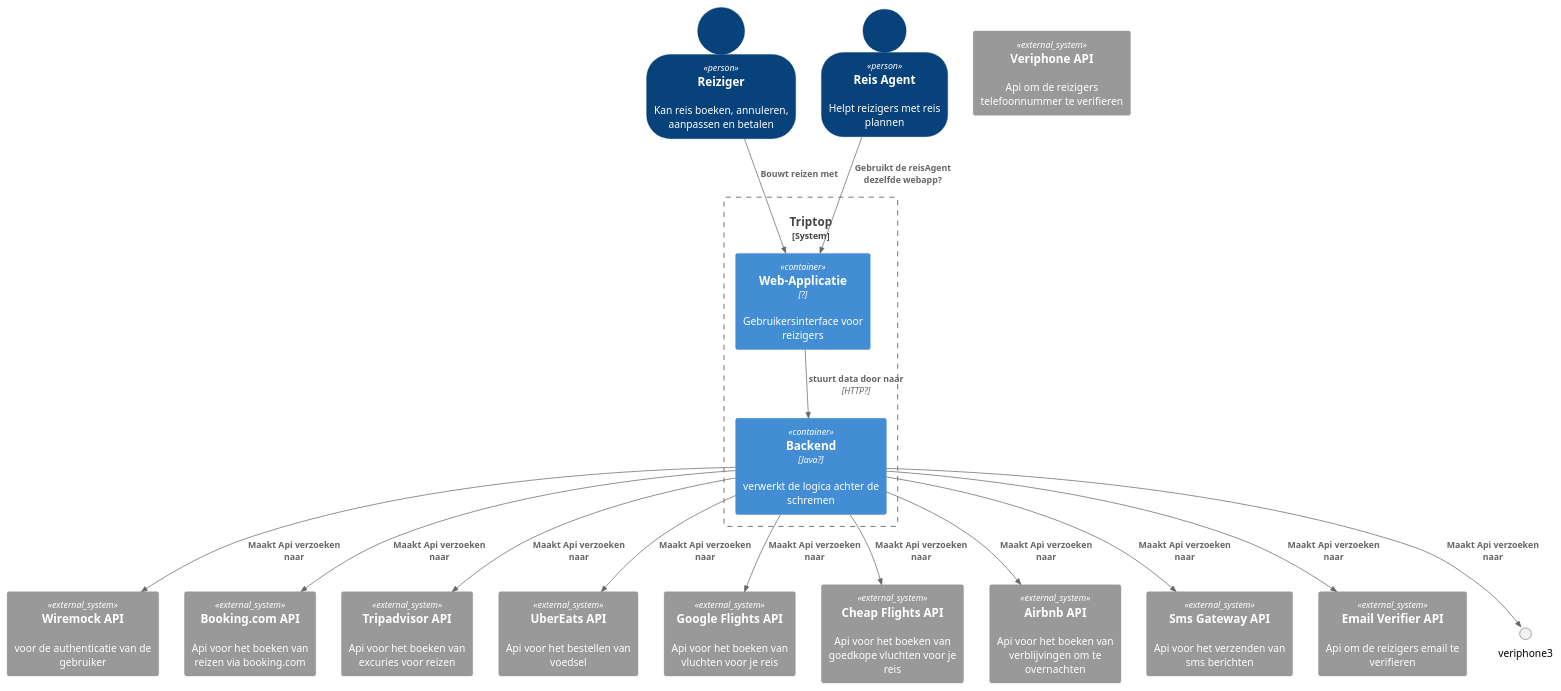
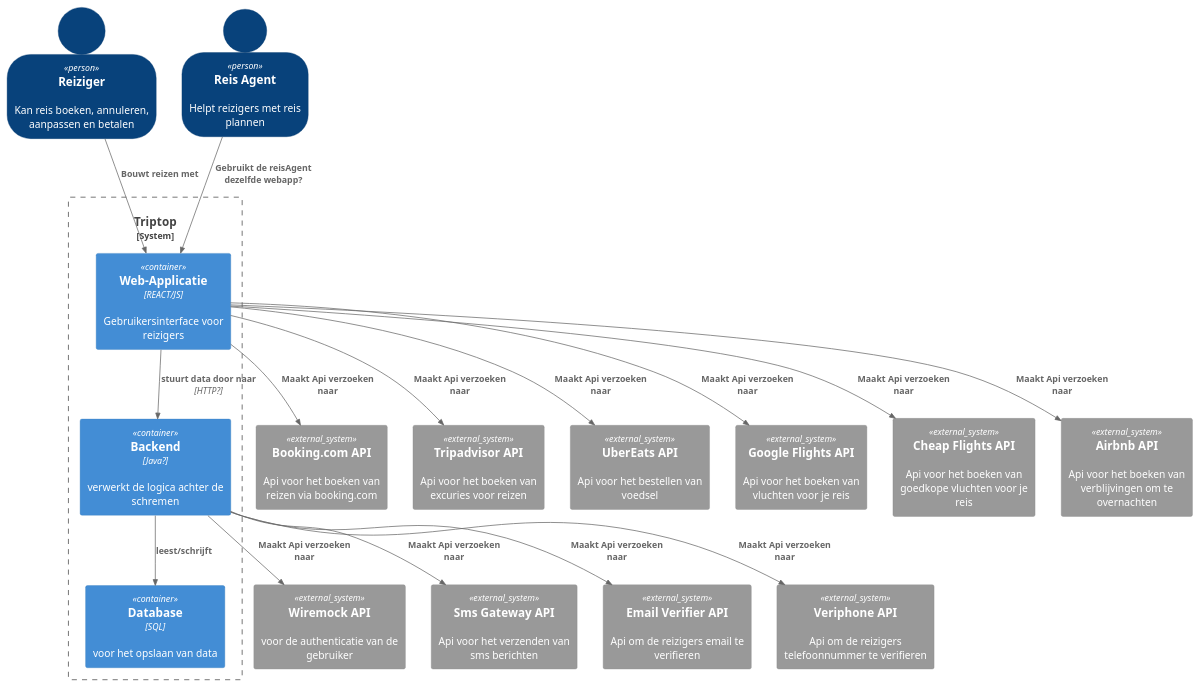
The diagram in Week1/Les3/Youp/Container-diagram.puml (AIM-ENE-feb25/triptop-inshallahboys), drawn with PlantUML before and after one commit. The commit also changed 1 other file, not shown here.

```diff
--- a/Week1/Les3/Youp/Container-diagram.puml
+++ b/Week1/Les3/Youp/Container-diagram.puml
@@ -1,39 +1,41 @@
 @startuml
 !include  https://raw.githubusercontent.com/plantuml-stdlib/C4-PlantUML/master/C4_Container.puml
 
 SHOW_PERSON_OUTLINE()
 
 Person(reiziger, "Reiziger", "Kan reis boeken, annuleren, aanpassen en betalen")
 Person(reisAgent, "Reis Agent", "Helpt reizigers met reis plannen")
 
 System_Boundary(c4, Triptop) {
-Container(webApp, "Web-Applicatie", "?", "Gebruikersinterface voor reizigers")
+Container(webApp, "Web-Applicatie", "REACT/JS", "Gebruikersinterface voor reizigers")
 Container(backend, "Backend", "Java?", "verwerkt de logica achter de schremen")
+Container(database, "Database", "SQL", "voor het opslaan van data")
 }
 
 System_Ext(wiremock, "Wiremock API", "voor de authenticatie van de gebruiker")
 System_Ext(booking, "Booking.com API", "Api voor het boeken van reizen via booking.com")
 System_Ext(tripadvisor, "Tripadvisor API", "Api voor het boeken van excuries voor reizen")
 System_Ext(uberEats, "UberEats API", "Api voor het bestellen van voedsel")
 System_Ext(googleFlights, "Google Flights API", "Api voor het boeken van vluchten voor je reis")
 System_Ext(cheapFlights, "Cheap Flights API", "Api voor het boeken van goedkope vluchten voor je reis")
 System_Ext(airbnb, "Airbnb API", "Api voor het boeken van verblijvingen om te overnachten")
 System_Ext(smsGateway, "Sms Gateway API", "Api voor het verzenden van sms berichten")
 System_Ext(emailVerifier, "Email Verifier API", "Api om de reizigers email te verifieren")
 System_Ext(veriphone, "Veriphone API", "Api om de reizigers telefoonnummer te verifieren")
 
 Rel(reiziger, webApp, "Bouwt reizen met")
 Rel(reisAgent, webApp, "Gebruikt de reisAgent dezelfde webapp?")
 Rel(webApp, backend, "stuurt data door naar", "HTTP?")
+Rel(backend, database, "leest/schrijft")
 
 Rel(backend, wiremock, "Maakt Api verzoeken naar")
-Rel(backend, booking, "Maakt Api verzoeken naar")
-Rel(backend, tripadvisor, "Maakt Api verzoeken naar")
-Rel(backend, uberEats, "Maakt Api verzoeken naar")
-Rel(backend, googleFlights, "Maakt Api verzoeken naar")
-Rel(backend, cheapFlights, "Maakt Api verzoeken naar")
-Rel(backend, airbnb, "Maakt Api verzoeken naar")
+Rel(webApp, booking, "Maakt Api verzoeken naar")
+Rel(webApp, tripadvisor, "Maakt Api verzoeken naar")
+Rel(webApp, uberEats, "Maakt Api verzoeken naar")
+Rel(webApp, googleFlights, "Maakt Api verzoeken naar")
+Rel(webApp, cheapFlights, "Maakt Api verzoeken naar")
+Rel(webApp, airbnb, "Maakt Api verzoeken naar")
 Rel(backend, smsGateway, "Maakt Api verzoeken naar")
 Rel(backend, emailVerifier, "Maakt Api verzoeken naar")
-Rel(backend, veriphone3, "Maakt Api verzoeken naar")
+Rel(backend, veriphone, "Maakt Api verzoeken naar")
 @enduml
```
